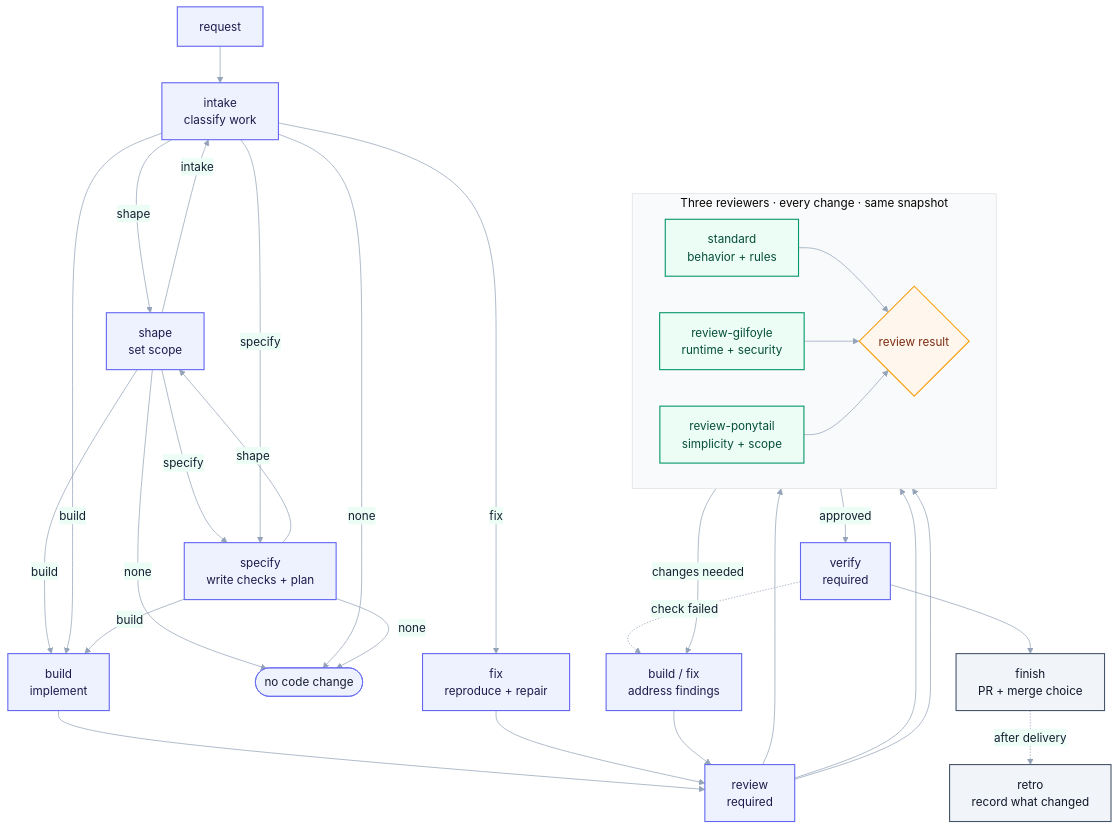
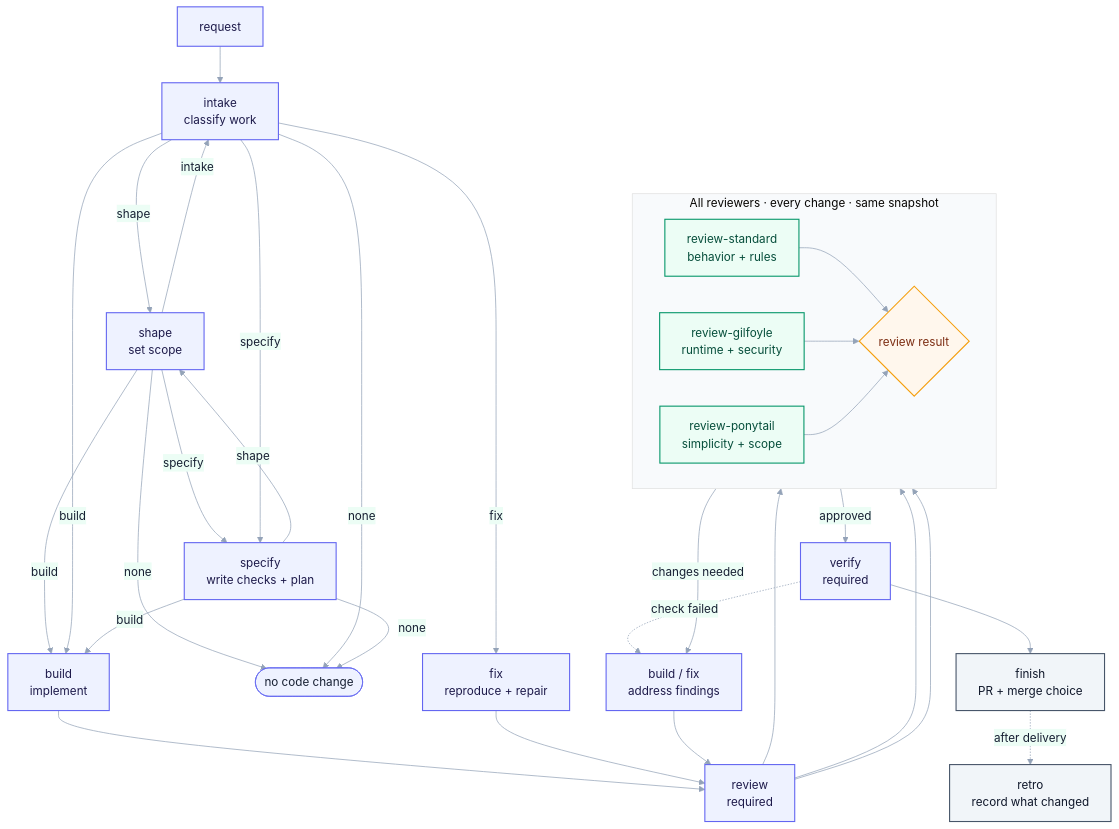
The second of 2 diagrams in README.md (Igloczek/skills), drawn with Mermaid before and after one commit. The commit also changed other lines of this file and 29 other files, not shown here.

````diff
--- a/README.md
+++ b/README.md
@@ -97,55 +102,55 @@
 ```mermaid
 %%{init: {"theme":"base","themeVariables":{"fontFamily":"ui-sans-serif,system-ui,sans-serif","lineColor":"#94a3b8","primaryColor":"#eef2ff","primaryTextColor":"#172033","primaryBorderColor":"#6366f1","secondaryColor":"#ecfdf5","tertiaryColor":"#f8fafc"}}}%%
 flowchart TD
     request["request"] --> intake["intake<br/>classify work"]
 
     intake -->|shape| shape["shape<br/>set scope"]
     shape -->|intake| intake
     shape -->|specify| specify["specify<br/>write checks + plan"]
     shape -->|build| build["build<br/>implement"]
     shape -->|none| done(["no code change"])
 
     intake -->|specify| specify
     intake -->|build| build
     intake -->|fix| fix["fix<br/>reproduce + repair"]
     intake -->|none| done
 
     specify -->|shape| shape
     specify -->|build| build
     specify -->|none| done
 
     build --> review["review<br/>required"]
     fix --> review
 
-    subgraph review_stage["Three reviewers · every change · same snapshot"]
+    subgraph review_stage["All reviewers · every change · same snapshot"]
         direction LR
-        standard_review["standard<br/>behavior + rules"]
+        standard_review["review-standard<br/>behavior + rules"]
         review_gilfoyle["review-gilfoyle<br/>runtime + security"]
         review_ponytail["review-ponytail<br/>simplicity + scope"]
         review_result{"review result"}
     end
 
     review --> standard_review
     review --> review_gilfoyle
     review --> review_ponytail
     standard_review --> review_result
     review_gilfoyle --> review_result
     review_ponytail --> review_result
 
     review_result -->|approved| verify["verify<br/>required"]
     review_result -->|changes needed| rework["build / fix<br/>address findings"]
     rework --> review
 
     verify -. check failed .-> rework
     verify --> finish["finish<br/>PR + merge choice"]
     finish -. after delivery .-> retro["retro<br/>record what changed"]
 
     classDef core fill:#eef2ff,stroke:#6366f1,color:#1e1b4b,stroke-width:1.5px;
     classDef review fill:#ecfdf5,stroke:#059669,color:#064e3b,stroke-width:1.5px;
     classDef decision fill:#fff7ed,stroke:#f59e0b,color:#7c2d12,stroke-width:1.5px;
     classDef terminal fill:#f1f5f9,stroke:#475569,color:#0f172a,stroke-width:1.5px;
     class request,intake,shape,specify,build,fix,review,rework,verify core;
     class standard_review,review_gilfoyle,review_ponytail review;
     class review_result decision;
     class finish,retro terminal;
 ```
````
